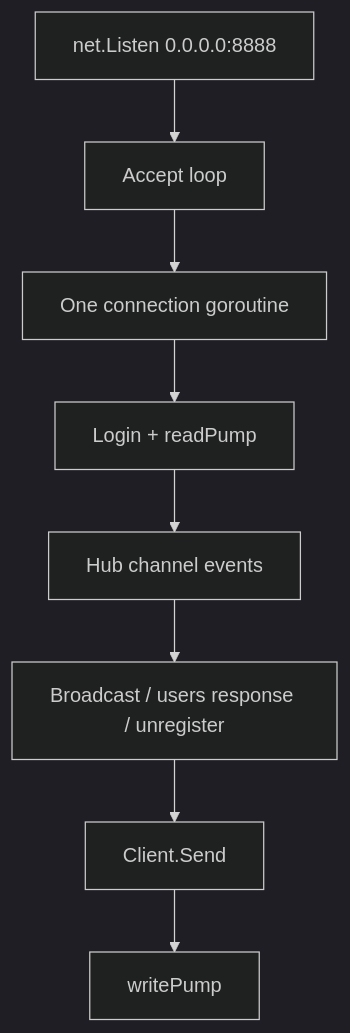
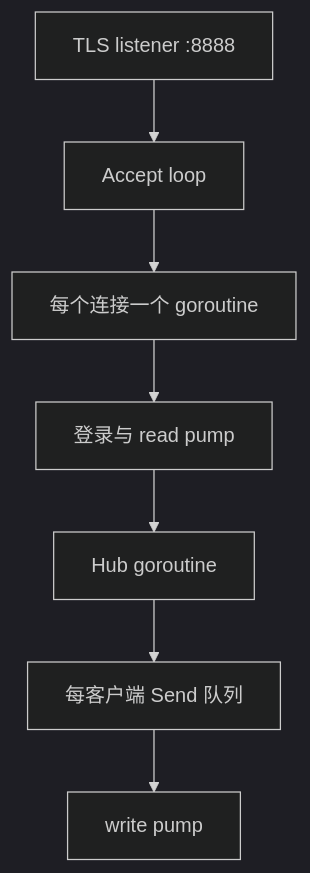
One commit to DUSK1NG/cross-language-lan-chatroom changed the second of 2 diagrams in docs/architecture.md. Above: the diagram before and after it, drawn with Mermaid (dark theme). The commit also changed other lines of this file and 10 other files, not shown here.

````diff
--- a/docs/architecture.md
+++ b/docs/architecture.md
@@ -16,10 +24,9 @@
-~~~mermaid
+```mermaid
 flowchart TD
-    L["net.Listen 0.0.0.0:8888"] --> A["Accept loop"]
-    A --> C["One connection goroutine"]
-    C --> R["Login + readPump"]
-    R --> H["Hub channel events"]
-    H --> B["Broadcast / users response / unregister"]
-    B --> Q["Client.Send"]
-    Q --> P["writePump"]
-~~~
+    Listener["TLS listener :8888"] --> Accept["Accept loop"]
+    Accept --> Connection["每个连接一个 goroutine"]
+    Connection --> Read["登录与 read pump"]
+    Read --> Hub["Hub goroutine"]
+    Hub --> Writer["每客户端 Send 队列"]
+    Writer --> Write["write pump"]
+```
````
